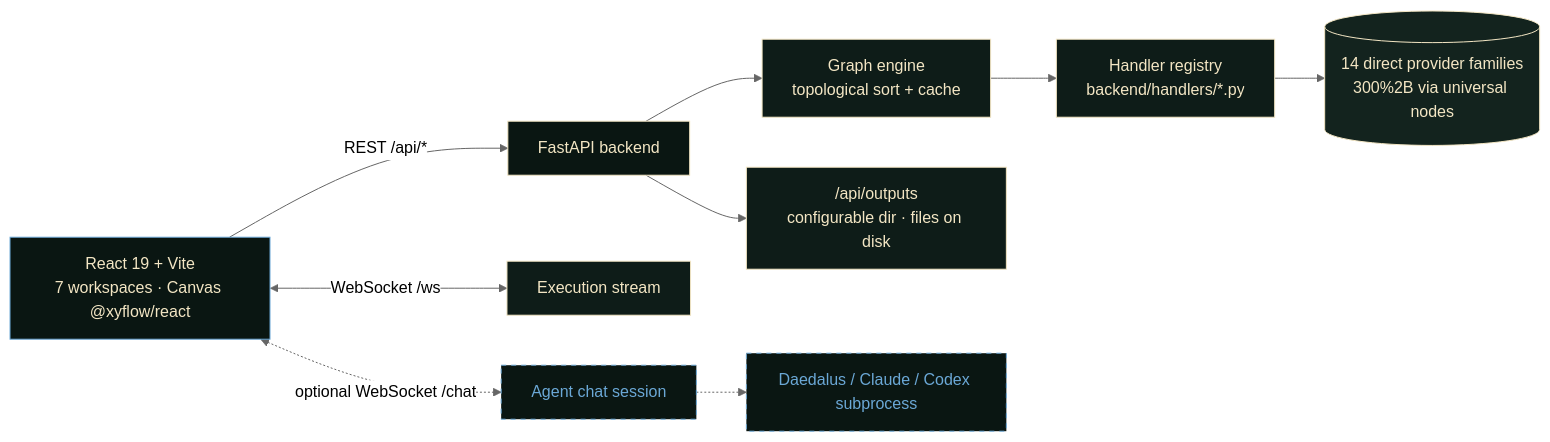
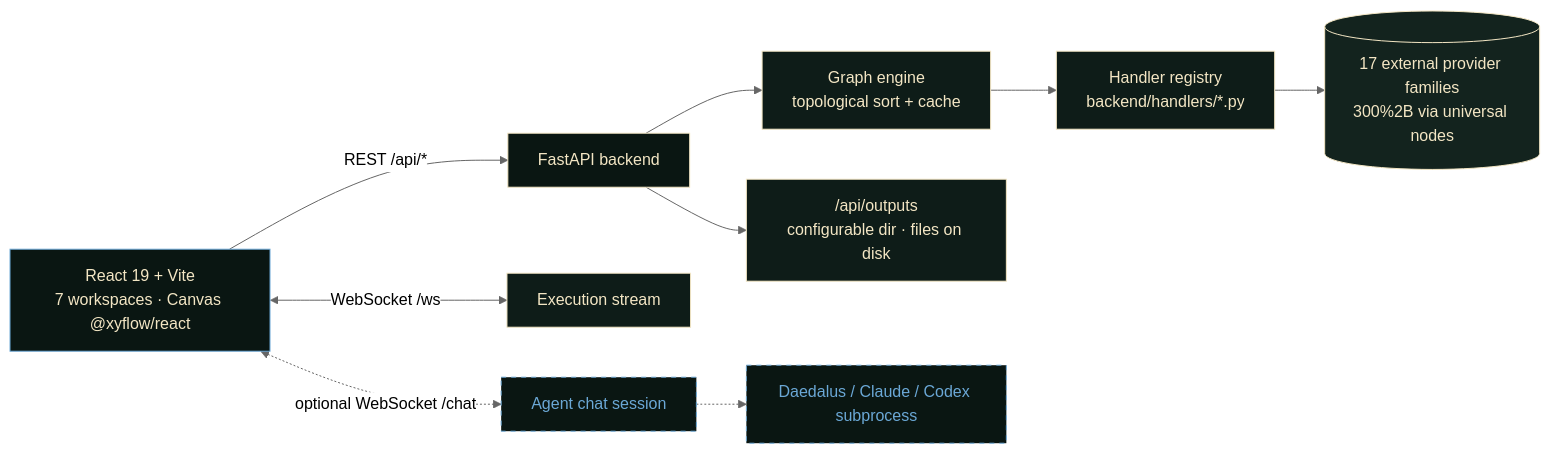
Before and after one commit to JustinPerea/nebula-nodes: the diagram in README.md, drawn with Mermaid (neutral theme). The commit also changed other lines of this file and 207 other files, not shown here.

````diff
--- a/README.md
+++ b/README.md
@@ -315,21 +317,21 @@
 ```mermaid
 graph LR
     UI[React 19 + Vite<br/>7 workspaces · Canvas @xyflow/react] -->|REST /api/*| API[FastAPI backend]
     UI <-->|WebSocket /ws| WS[Execution stream]
     API --> ENGINE[Graph engine<br/>topological sort + cache]
     ENGINE --> HANDLERS[Handler registry<br/>backend/handlers/*.py]
-    HANDLERS --> PROVIDERS[(14 direct provider families<br/>300%2B via universal nodes)]
+    HANDLERS --> PROVIDERS[(17 external provider families<br/>300%2B via universal nodes)]
     API --> OUT["/api/outputs<br/>configurable dir · files on disk"]
     UI <-.->|optional WebSocket /chat| CHAT[Agent chat session]
     CHAT -.-> HERMES[Daedalus / Claude / Codex subprocess]
 
     style UI fill:#0a1612,color:#f3e6c4,stroke:#6ba8d6
     style API fill:#0a1612,color:#f3e6c4,stroke:#f3e6c4
     style ENGINE fill:#0e1c18,color:#f3e6c4,stroke:#f3e6c4
     style HANDLERS fill:#0e1c18,color:#f3e6c4,stroke:#f3e6c4
     style PROVIDERS fill:#13231e,color:#f3e6c4,stroke:#f3e6c4
     style OUT fill:#0e1c18,color:#f3e6c4,stroke:#f3e6c4
     style WS fill:#0e1c18,color:#f3e6c4,stroke:#f3e6c4
     style CHAT fill:#0a1612,color:#6ba8d6,stroke:#6ba8d6,stroke-dasharray: 5 5
     style HERMES fill:#0a1612,color:#6ba8d6,stroke:#6ba8d6,stroke-dasharray: 5 5
 ```
````
